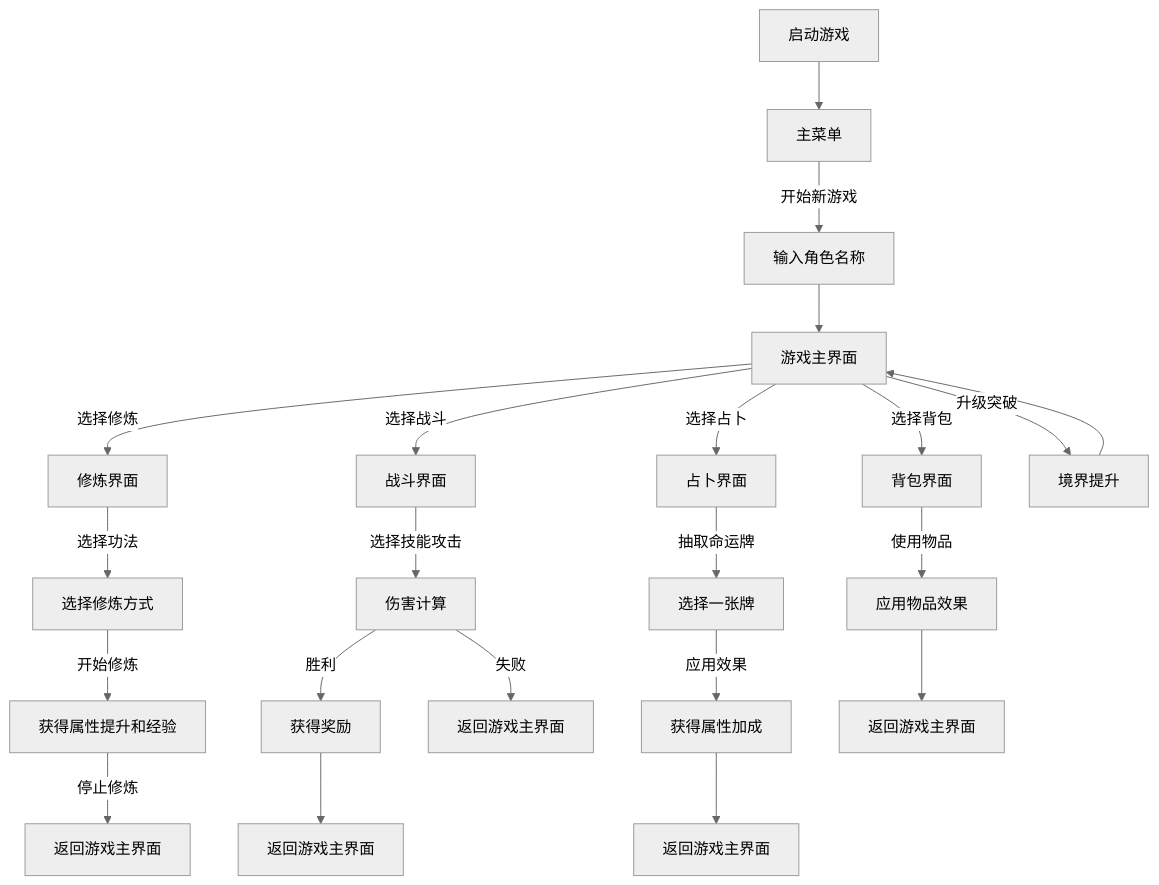
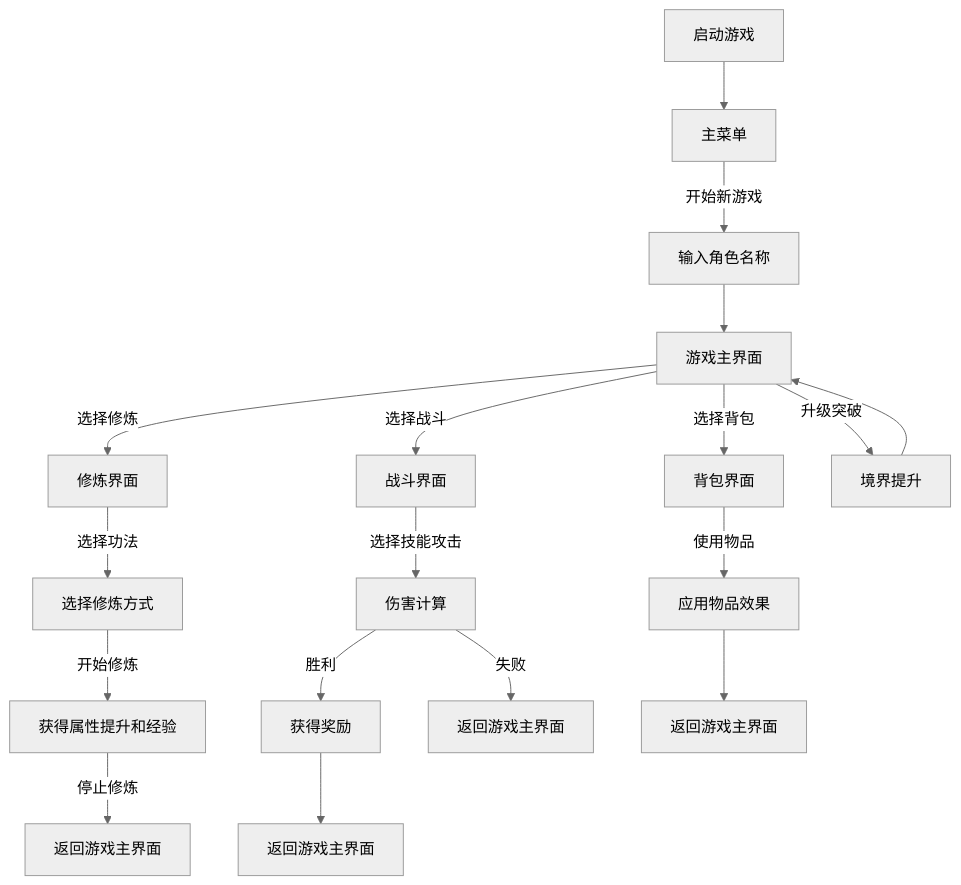
Before and after one commit to Trigger11/godot-game: the first of 7 diagrams in 游戏流程图.md, drawn with Mermaid (neutral theme). The commit also changed other lines of this file and 27 other files, not shown here.

````diff
--- a/游戏流程图.md
+++ b/游戏流程图.md
@@ -5,29 +5,24 @@
 ```mermaid
 graph TD
     A[启动游戏] --> B[主菜单]
     B -->|开始新游戏| C[输入角色名称]
     C --> D[游戏主界面]
     
     D -->|选择修炼| E[修炼界面]
     E -->|选择功法| E1[选择修炼方式]
     E1 -->|开始修炼| E2[获得属性提升和经验]
     E2 -->|停止修炼| E3[返回游戏主界面]
     
     D -->|选择战斗| F[战斗界面]
     F -->|选择技能攻击| F1[伤害计算]
     F1 -->|胜利| F2[获得奖励]
     F1 -->|失败| F3[返回游戏主界面]
     F2 --> F4[返回游戏主界面]
     
-    D -->|选择占卜| G[占卜界面]
-    G -->|抽取命运牌| G1[选择一张牌]
-    G1 -->|应用效果| G2[获得属性加成]
-    G2 --> G3[返回游戏主界面]
-    
     D -->|选择背包| H[背包界面]
     H -->|使用物品| H1[应用物品效果]
     H1 --> H2[返回游戏主界面]
     
     D -->|升级突破| I[境界提升]
     I --> D
 ```
````
